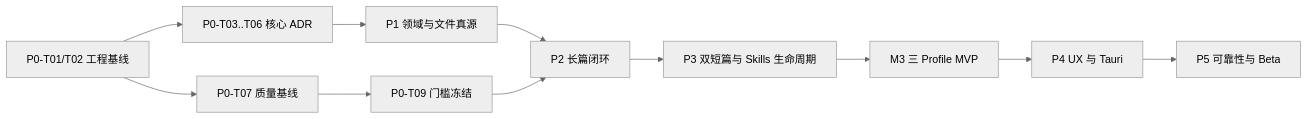
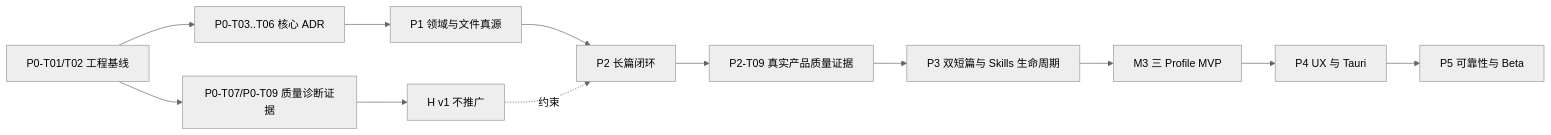
Before and after one commit to wyi006636-cyber/denova: the diagram in docs/project-design/implementation/planning/MASTER_DEVELOPMENT_PLAN.md, drawn with Mermaid (neutral theme). The commit also changed other lines of this file and 6 other files, not shown here.

````diff
--- a/docs/project-design/implementation/planning/MASTER_DEVELOPMENT_PLAN.md
+++ b/docs/project-design/implementation/planning/MASTER_DEVELOPMENT_PLAN.md
@@ -213,13 +213,14 @@
 ```mermaid
 flowchart LR
     P0B["P0-T01/T02 工程基线"] --> ADR["P0-T03..T06 核心 ADR"]
-    P0B --> EVAL["P0-T07 质量基线"]
+    P0B --> EVAL["P0-T07/P0-T09 质量诊断证据"]
     ADR --> DOMAIN["P1 领域与文件真源"]
-    EVAL --> GATE0["P0-T09 门槛冻结"]
     DOMAIN --> LONG["P2 长篇闭环"]
-    GATE0 --> LONG
-    LONG --> SHORT["P3 双短篇与 Skills 生命周期"]
+    EVAL --> NOPROMOTE["H v1 不推广"]
+    NOPROMOTE -.约束.-> LONG
+    LONG --> QGATE["P2-T09 真实产品质量证据"]
+    QGATE --> SHORT["P3 双短篇与 Skills 生命周期"]
     SHORT --> MVP["M3 三 Profile MVP"]
     MVP --> UX["P4 UX 与 Tauri"]
     UX --> BETA["P5 可靠性与 Beta"]
 ```
````
